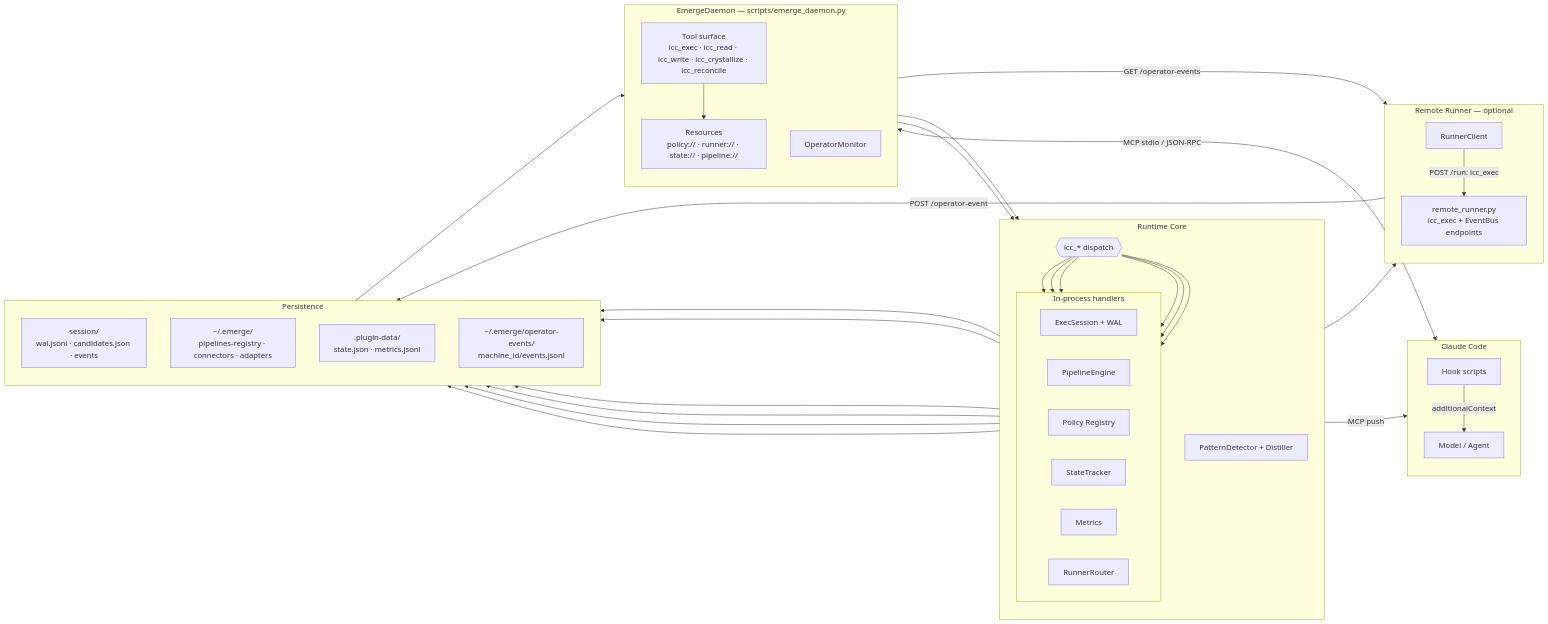
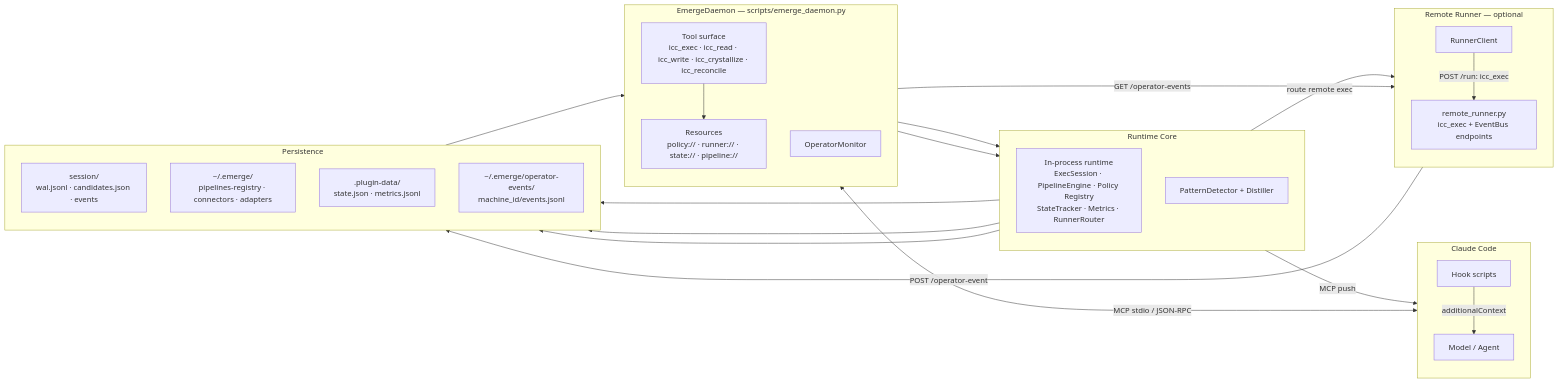
One commit to jianzhichun/emerge changed the first of 4 diagrams in README.md. Above: the diagram before and after it, drawn with Mermaid.

Commit message:
docs: simplify architecture diagram by consolidating in-process runtime components

````diff
--- a/README.md
+++ b/README.md
@@ -20,64 +20,51 @@
 ```mermaid
 flowchart LR
   subgraph cc [Claude Code]
     direction TB
     Hooks[Hook scripts]
     Agent[Model / Agent]
     Hooks -->|additionalContext| Agent
   end
 
   subgraph daemon [EmergeDaemon — scripts/emerge_daemon.py]
     direction TB
     T[Tool surface<br/>icc_exec · icc_read · icc_write · icc_crystallize · icc_reconcile]
     R[Resources<br/>policy:// · runner:// · state:// · pipeline://]
     OM[OperatorMonitor]
     T --> R
   end
 
   subgraph core [Runtime Core]
     direction TB
-    D{{icc_* dispatch}}
-    subgraph handlers [In-process handlers]
-      direction LR
-      ES[ExecSession + WAL]
-      PE[PipelineEngine]
-      PR[Policy Registry]
-      ST[StateTracker]
-      Met[Metrics]
-      RR[RunnerRouter]
-    end
+    Runtime[In-process runtime<br/>ExecSession · PipelineEngine · Policy Registry<br/>StateTracker · Metrics · RunnerRouter]
     PD2[PatternDetector + Distiller]
-    D --> ES & PE & PR & ST & Met & RR
   end
 
   subgraph runner [Remote Runner — optional]
     direction TB
     RC[RunnerClient]
     RProc[remote_runner.py<br/>icc_exec + EventBus endpoints]
     RC -->|POST /run: icc_exec| RProc
   end
 
   subgraph persist [Persistence]
     direction TB
     SD[session/<br/>wal.jsonl · candidates.json · events]
     Reg[~/.emerge/<br/>pipelines-registry · connectors · adapters]
     PD[.plugin-data/<br/>state.json · metrics.jsonl]
     EB[~/.emerge/operator-events/<br/>machine_id/events.jsonl]
   end
 
   Agent <-->|MCP stdio / JSON-RPC| T
-  T --> D
-  RR --> RC
+  T --> Runtime
+  Runtime -->|route remote exec| RC
   OM -->|GET /operator-events| RC
   RProc -->|POST /operator-event| EB
   EB --> OM
   OM --> PD2
   PD2 -->|MCP push| Agent
 
-  ES --> SD
-  PR --> SD
-  PR --> Reg
-  PE --> Reg
-  ST --> PD
-  Met --> PD
+  Runtime --> SD
+  Runtime --> Reg
+  Runtime --> PD
 ```
````
